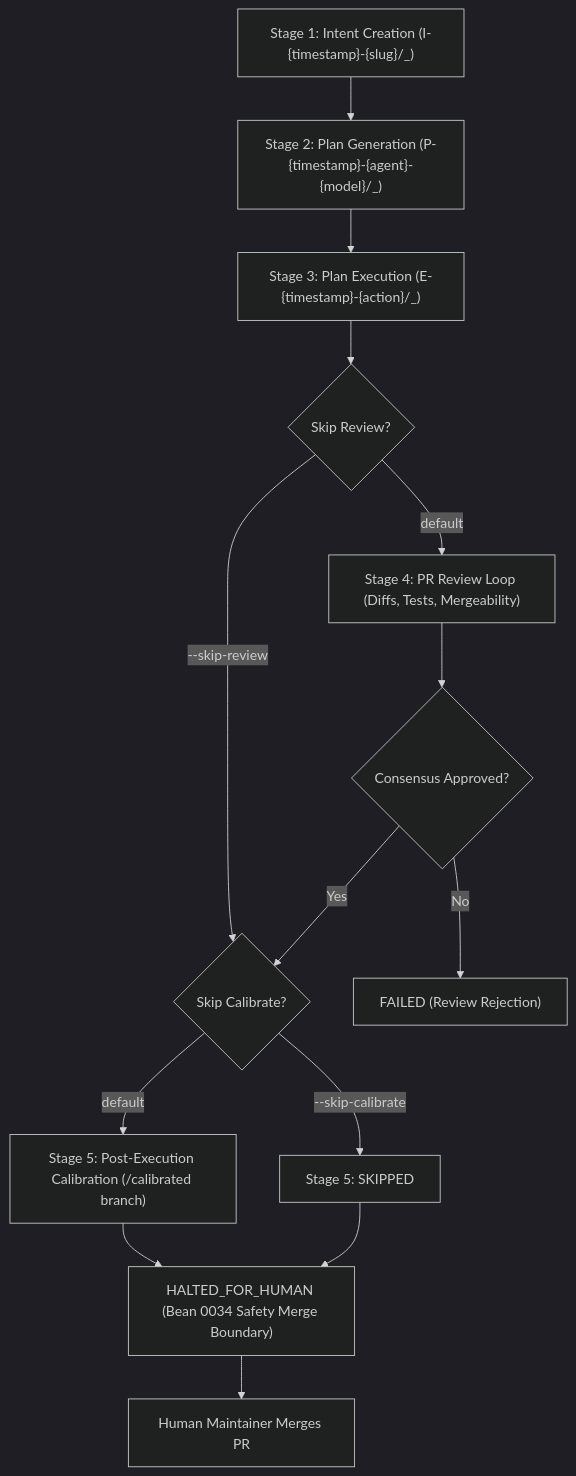
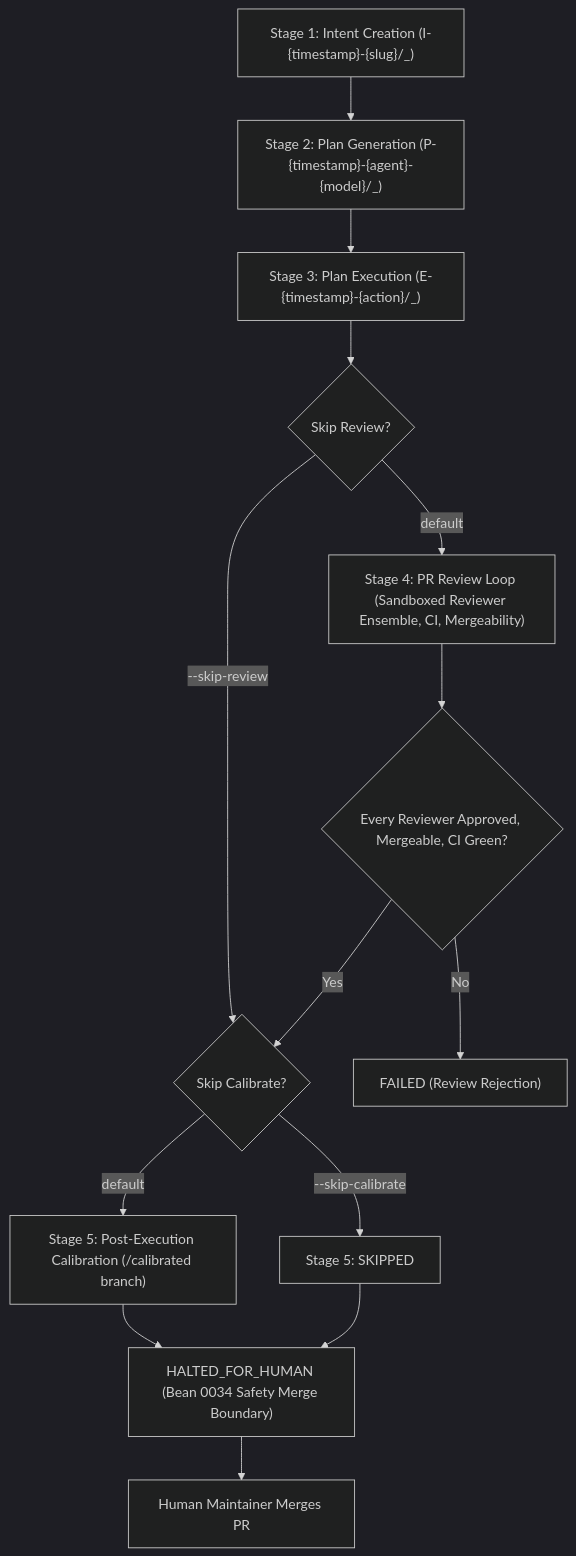
Before and after one commit to Holon-Agentic-Coder/holon-agentic-coder: the third of 3 diagrams in README.md, drawn with Mermaid (dark theme). The commit also changed other lines of this file and 24 other files, not shown here.

First line of the commit message:
fix(review-loop): decide Stage 4 by the real reviewer ensemble and drop the fabricated report (#102)

````diff
--- a/README.md
+++ b/README.md
@@ -855,16 +855,16 @@
 ```mermaid
 flowchart TD
     S1["Stage 1: Intent Creation (I-{timestamp}-{slug}/_)"] --> S2["Stage 2: Plan Generation (P-{timestamp}-{agent}-{model}/_)"]
     S2 --> S3["Stage 3: Plan Execution (E-{timestamp}-{action}/_)"]
     S3 --> C1{"Skip Review?"}
     C1 -- "--skip-review" --> C2{"Skip Calibrate?"}
-    C1 -- "default" --> S4["Stage 4: PR Review Loop (Diffs, Tests, Mergeability)"]
-    S4 --> H1{"Consensus Approved?"}
+    C1 -- "default" --> S4["Stage 4: PR Review Loop (Sandboxed Reviewer Ensemble, CI, Mergeability)"]
+    S4 --> H1{"Every Reviewer Approved, Mergeable, CI Green?"}
     H1 -- "Yes" --> C2
     H1 -- "No" --> F1["FAILED (Review Rejection)"]
     C2 -- "--skip-calibrate" --> S_SKIP["Stage 5: SKIPPED"]
     C2 -- "default" --> S5["Stage 5: Post-Execution Calibration (/calibrated branch)"]
     S5 --> HALT["HALTED_FOR_HUMAN (Bean 0034 Safety Merge Boundary)"]
     S_SKIP --> HALT
     HALT --> DONE["Human Maintainer Merges PR"]
 ```
````
